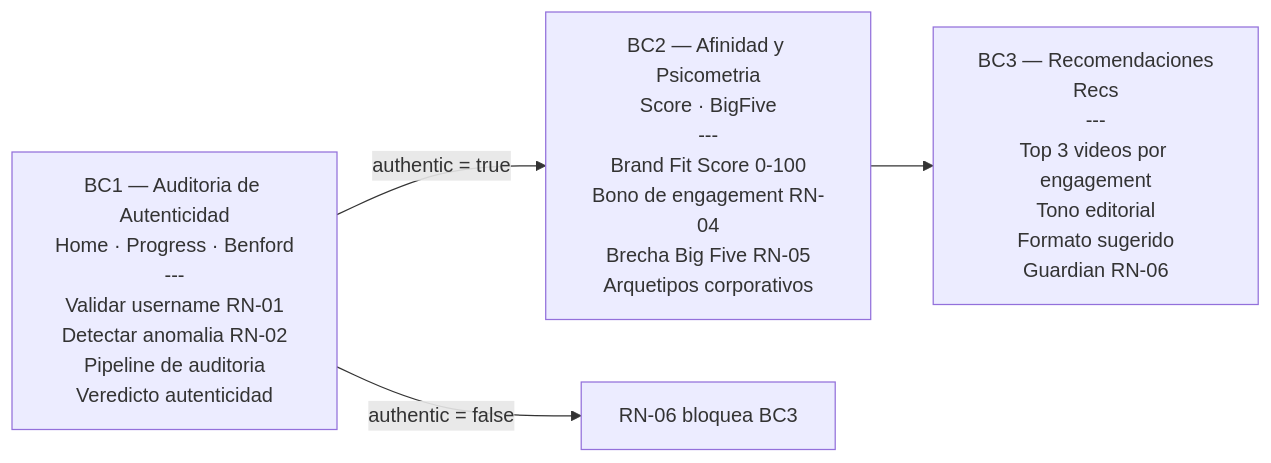
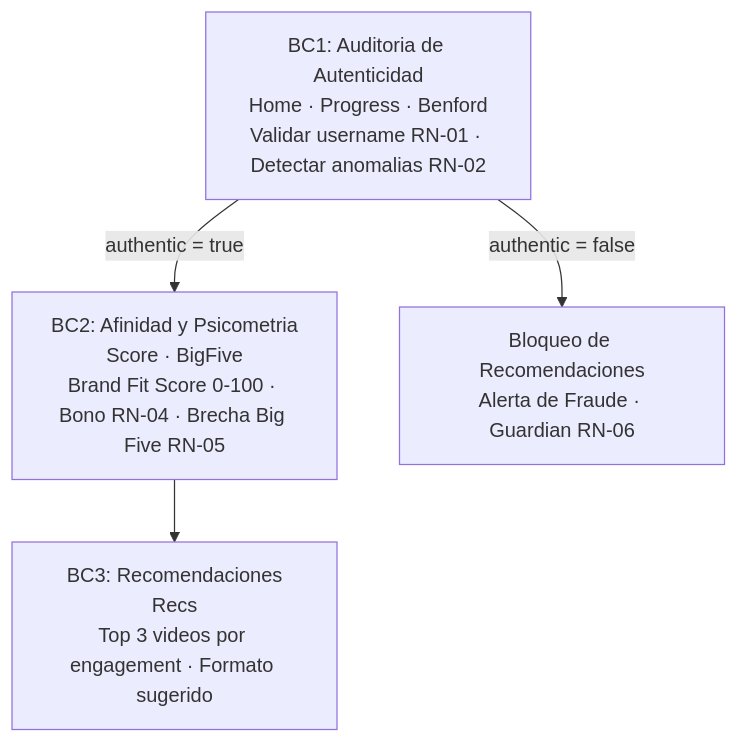
Before and after one commit to JessielCH/BrandFit: the second of 2 diagrams in ARCHITECTURE.md, drawn with Mermaid. The commit also changed other lines of this file and 1 other file, not shown here.

Commit message:
docs: clean up README, remove aspect ratio section and architecture bloat, straighten Mermaid diagrams

````diff
--- a/ARCHITECTURE.md
+++ b/ARCHITECTURE.md
@@ -55,10 +52,11 @@
 ```mermaid
-flowchart LR
-    BC1["BC1 — Auditoria de Autenticidad\nHome · Progress · Benford\n---\nValidar username RN-01\nDetectar anomalia RN-02\nPipeline de auditoria\nVeredicto autenticidad"]
-    BC2["BC2 — Afinidad y Psicometria\nScore · BigFive\n---\nBrand Fit Score 0-100\nBono de engagement RN-04\nBrecha Big Five RN-05\nArquetipos corporativos"]
-    BC3["BC3 — Recomendaciones\nRecs\n---\nTop 3 videos por engagement\nTono editorial\nFormato sugerido\nGuardian RN-06"]
+flowchart TD
+    BC1["BC1: Auditoria de Autenticidad\nHome · Progress · Benford\nValidar username RN-01 · Detectar anomalias RN-02"]
+    BC2["BC2: Afinidad y Psicometria\nScore · BigFive\nBrand Fit Score 0-100 · Bono RN-04 · Brecha Big Five RN-05"]
+    BC3["BC3: Recomendaciones\nRecs\nTop 3 videos por engagement · Formato sugerido"]
+    BLQ["Bloqueo de Recomendaciones\nAlerta de Fraude · Guardian RN-06"]
 
     BC1 -->|"authentic = true"| BC2
     BC2 --> BC3
-    BC1 -->|"authentic = false"| X["RN-06 bloquea BC3"]
+    BC1 -->|"authentic = false"| BLQ
 ```
````
